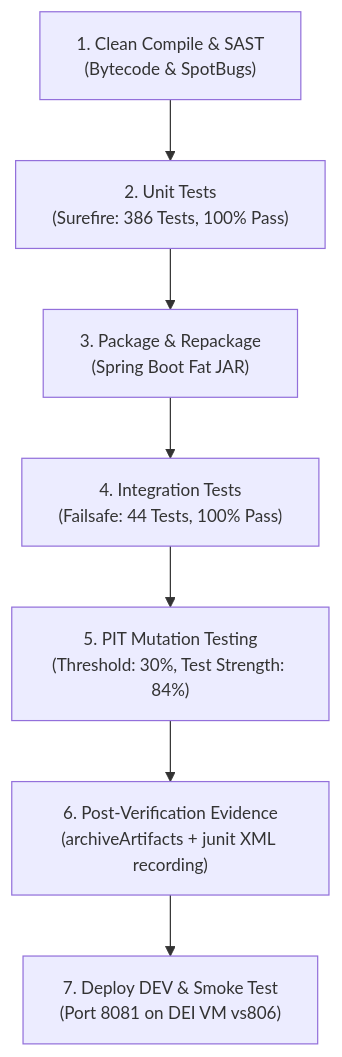
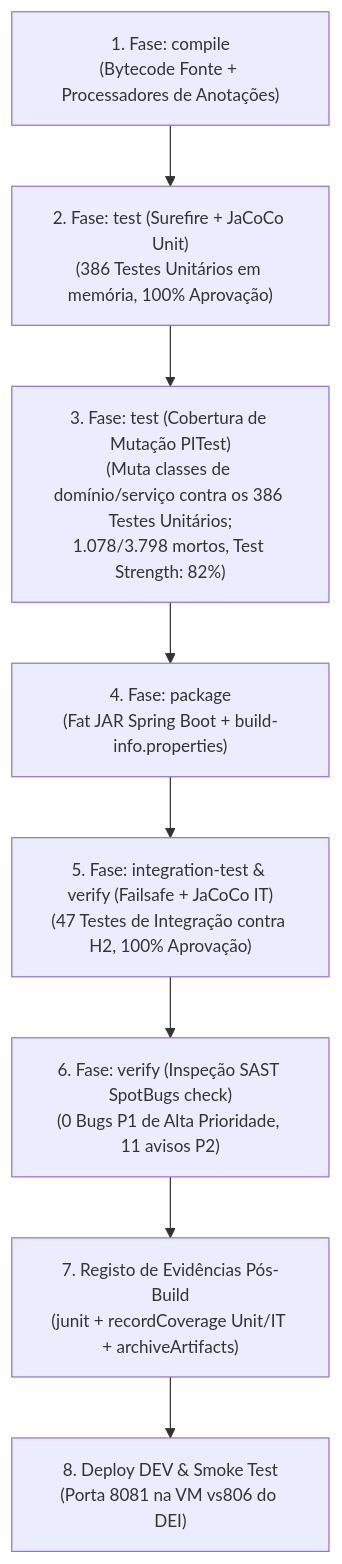
The diagram in Docs/ODSOFT/pipeline/ci-testing-coverage-and-quality-gates.md (RafaelBrandao04/psoft-project-2026-1), drawn with Mermaid before and after one commit. The commit also changed other lines of this file and 11 other files, not shown here.

Commit message:
docs(odsoft): sync CI/CD and testing documentation with Build metrics and remove theoretical bloat

````diff
--- a/Docs/ODSOFT/pipeline/ci-testing-coverage-and-quality-gates.md
+++ b/Docs/ODSOFT/pipeline/ci-testing-coverage-and-quality-gates.md
@@ -17,10 +17,11 @@
 ```mermaid
 %%{init: {'themeVariables': { 'fontSize': '14px' }, 'flowchart': { 'subGraphTitleMargin': { 'top': 15, 'bottom': 20 } } } }%%
 flowchart TD
-    COMPILE["1. Clean Compile & SAST<br/>(Bytecode & SpotBugs)"] --> UNIT["2. Unit Tests<br/>(Surefire: 386 Tests, 100% Pass)"]
-    UNIT --> PKG["3. Package & Repackage<br/>(Spring Boot Fat JAR)"]
-    PKG --> IT["4. Integration Tests<br/>(Failsafe: 44 Tests, 100% Pass)"]
-    IT --> PIT["5. PIT Mutation Testing<br/>(Threshold: 30%, Test Strength: 84%)"]
-    PIT --> POST["6. Post-Verification Evidence<br/>(archiveArtifacts + junit XML recording)"]
-    POST --> DEV["7. Deploy DEV & Smoke Test<br/>(Port 8081 on DEI VM vs806)"]
+    COMPILE["1. Fase: compile<br/>(Bytecode Fonte + Processadores de Anotações)"] --> UNIT["2. Fase: test (Surefire + JaCoCo Unit)<br/>(386 Testes Unitários em memória, 100% Aprovação)"]
+    UNIT --> PIT["3. Fase: test (Cobertura de Mutação PITest)<br/>(Muta classes de domínio/serviço contra os 386 Testes Unitários;<br/>1.078/3.798 mortos, Test Strength: 82%)"]
+    PIT --> PKG["4. Fase: package<br/>(Fat JAR Spring Boot + build-info.properties)"]
+    PKG --> IT["5. Fase: integration-test & verify (Failsafe + JaCoCo IT)<br/>(47 Testes de Integração contra H2, 100% Aprovação)"]
+    IT --> SAST["6. Fase: verify (Inspeção SAST SpotBugs check)<br/>(0 Bugs P1 de Alta Prioridade, 11 avisos P2)"]
+    SAST --> POST["7. Registo de Evidências Pós-Build<br/>(junit + recordCoverage Unit/IT + archiveArtifacts)"]
+    POST --> DEV["8. Deploy DEV & Smoke Test<br/>(Porta 8081 na VM vs806 do DEI)"]
 ```
````
